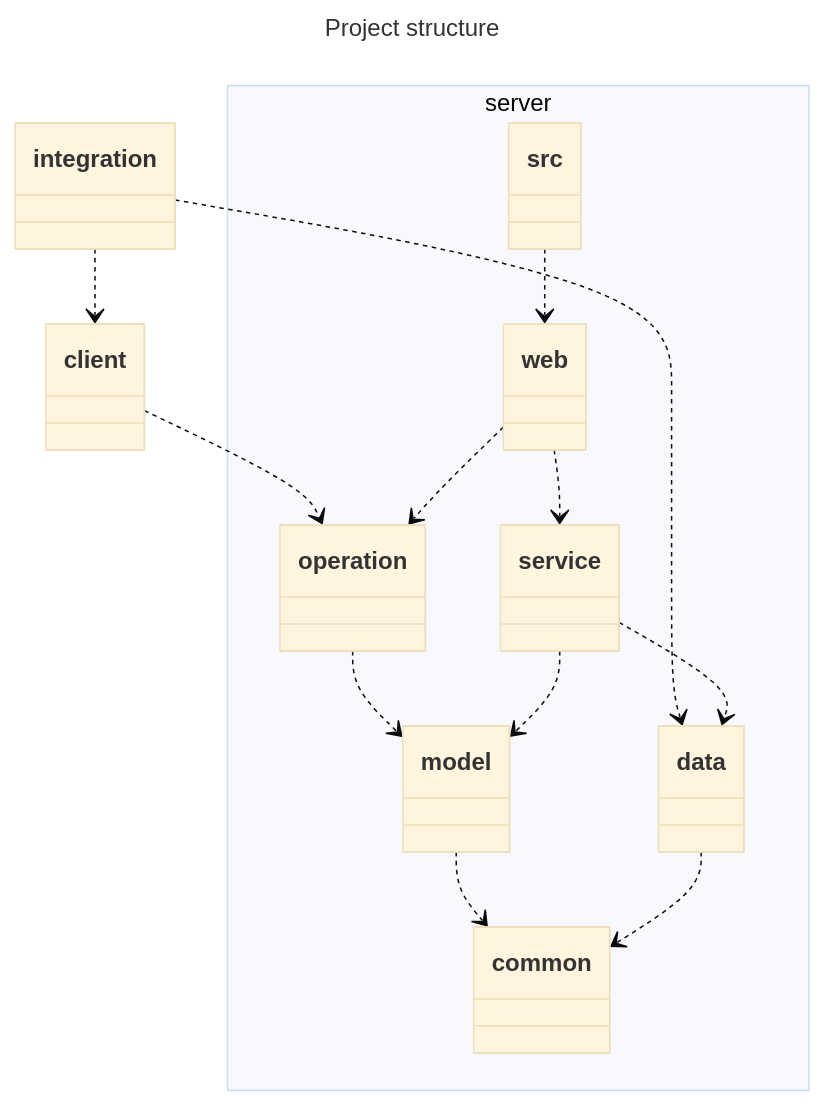
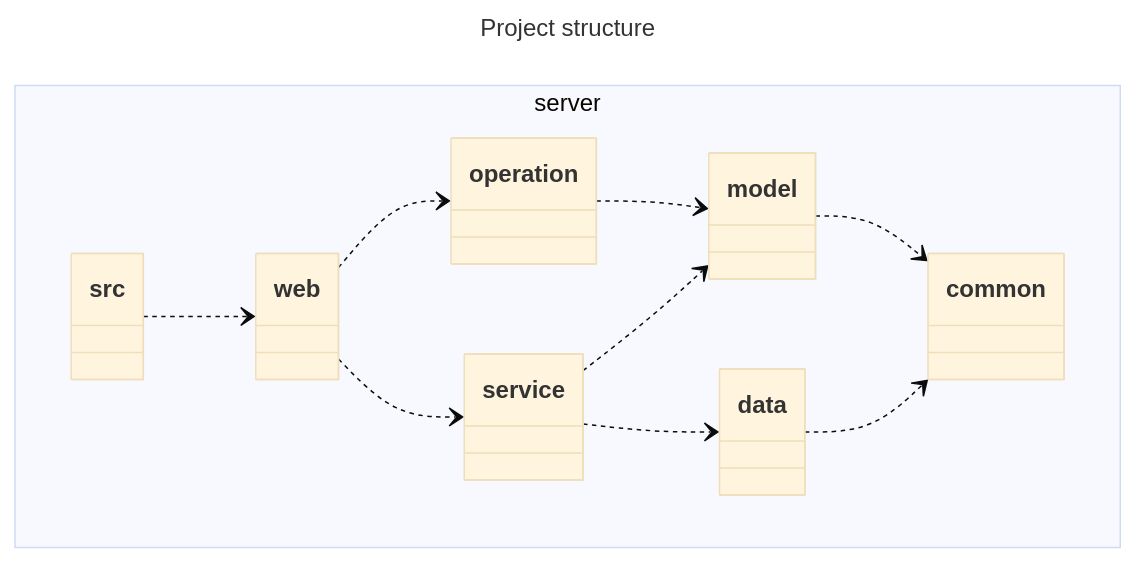
One commit to BSStudio/bss-web-admin-backend changed the diagram in README.md. Above: the diagram before and after it, drawn with Mermaid (base theme). The commit also changed other lines of this file and 5 other files, not shown here.

````diff
--- a/README.md
+++ b/README.md
@@ -24,29 +24,26 @@
 ```mermaid
 ---
 title: Project structure
 ---
 classDiagram
     direction TB
 
      namespace server {
          class src
          class web
          class operation
          class service
          class model
          class data
          class common
      }
 
-    integration ..> client
-    client ..> operation
-    integration ..> data
     web ..> operation
     web ..> service
     service ..> data
     operation ..> model
     model ..> common
     data ..> common
     service ..> model
     src ..> web
 ```
````
